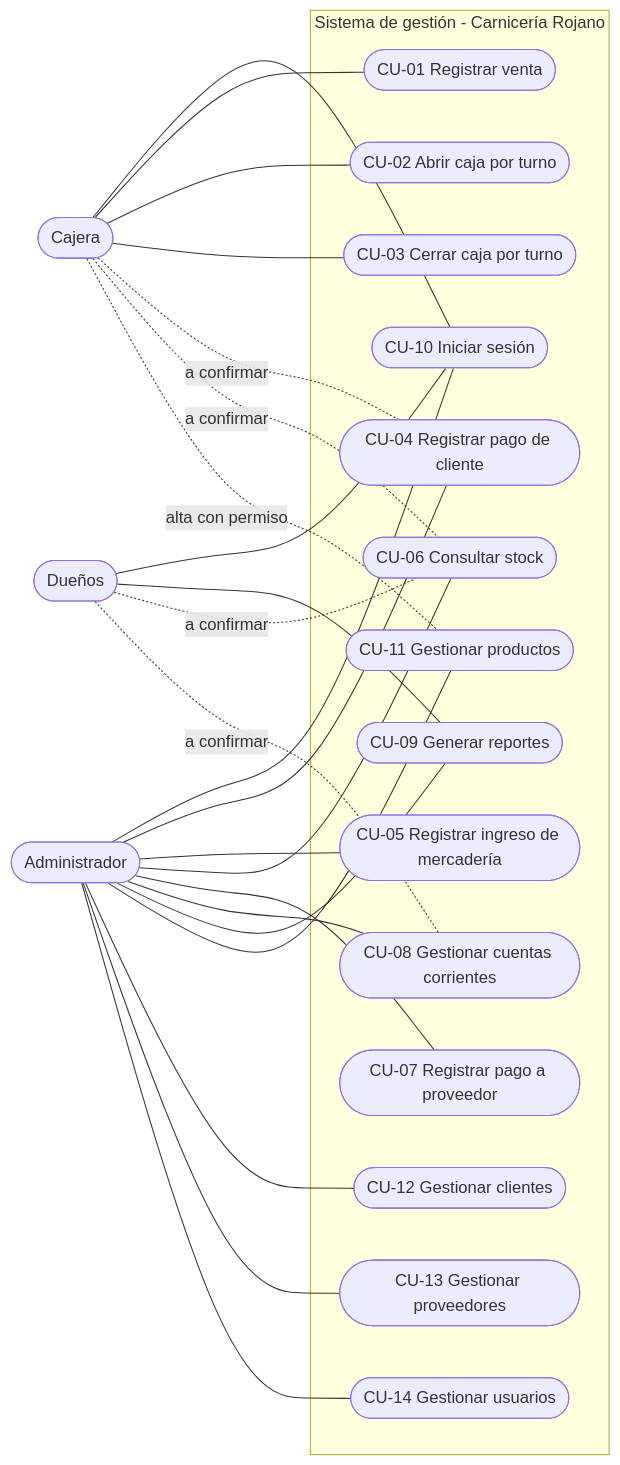
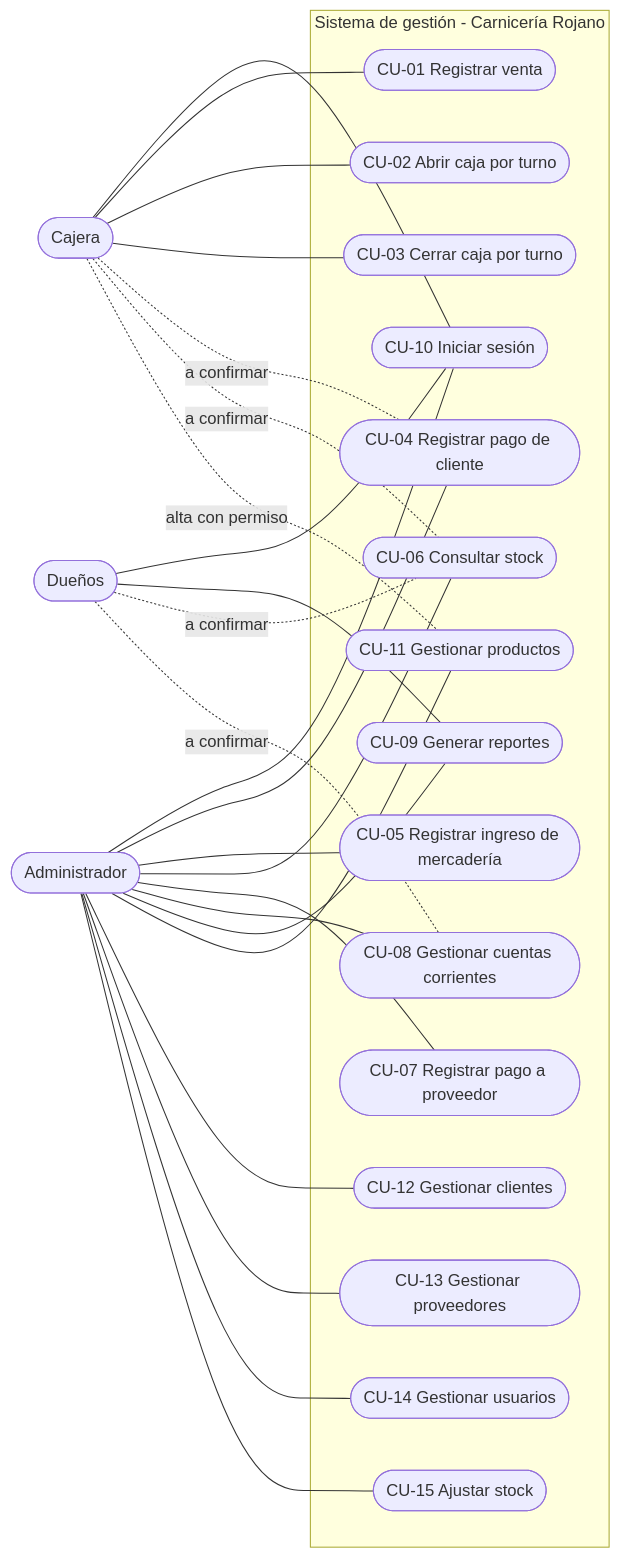
Before and after one commit to Ezequielnav/sistema-gestion-carniceria: the first of 2 diagrams in docs/04-casos-de-uso.md, drawn with Mermaid. The commit also changed other lines of this file and 8 other files, not shown here.

````diff
--- a/docs/04-casos-de-uso.md
+++ b/docs/04-casos-de-uso.md
@@ -52,48 +53,50 @@
 ```mermaid
 flowchart LR
     ADM(["Administrador"])
     CAJ(["Cajera"])
     DUE(["Dueños"])
 
     subgraph SIS["Sistema de gestión - Carnicería Rojano"]
         CU10(["CU-10 Iniciar sesión"])
         CU01(["CU-01 Registrar venta"])
         CU02(["CU-02 Abrir caja por turno"])
         CU03(["CU-03 Cerrar caja por turno"])
         CU04(["CU-04 Registrar pago de cliente"])
         CU05(["CU-05 Registrar ingreso de mercadería"])
         CU06(["CU-06 Consultar stock"])
         CU07(["CU-07 Registrar pago a proveedor"])
         CU08(["CU-08 Gestionar cuentas corrientes"])
         CU09(["CU-09 Generar reportes"])
         CU11(["CU-11 Gestionar productos"])
         CU12(["CU-12 Gestionar clientes"])
         CU13(["CU-13 Gestionar proveedores"])
         CU14(["CU-14 Gestionar usuarios"])
+        CU15(["CU-15 Ajustar stock"])
     end
 
     CAJ --- CU10
     CAJ --- CU01
     CAJ --- CU02
     CAJ --- CU03
     CAJ -. "a confirmar" .- CU04
     CAJ -. "a confirmar" .- CU06
     CAJ -. "alta con permiso" .- CU11
 
     ADM --- CU10
     ADM --- CU04
     ADM --- CU05
     ADM --- CU06
     ADM --- CU07
     ADM --- CU08
     ADM --- CU09
     ADM --- CU11
     ADM --- CU12
     ADM --- CU13
     ADM --- CU14
+    ADM --- CU15
 
     DUE --- CU10
     DUE --- CU09
     DUE -. "a confirmar" .- CU06
     DUE -. "a confirmar" .- CU08
 ```
````
